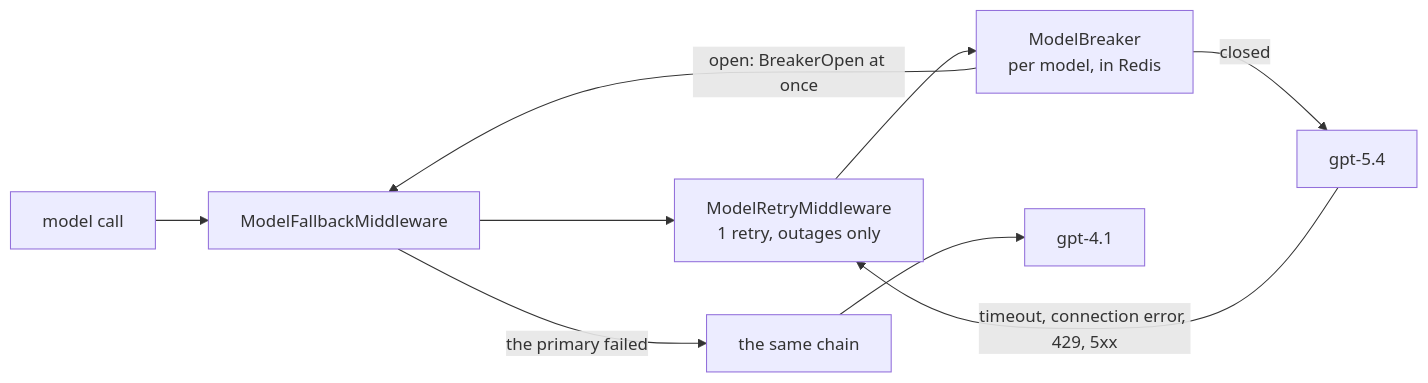
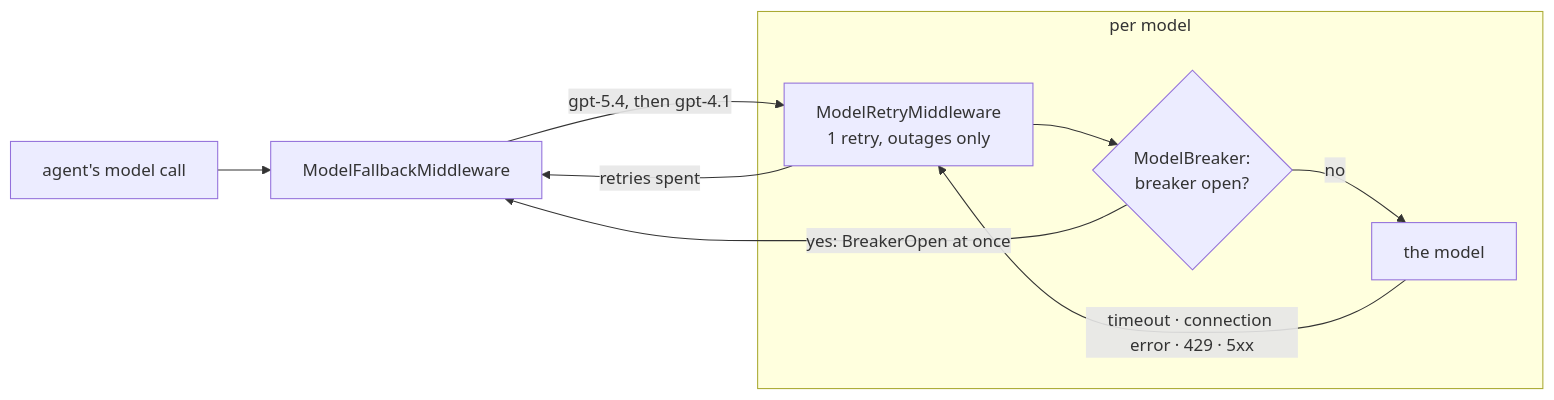
The fourth of 11 diagrams in docs/phase-9-reliability-deployment.md (Anirudh1905/agentic-ai-chatbot), drawn with Mermaid before and after one commit. The commit also changed other lines of this file and 25 other files, not shown here.

````diff
--- a/docs/phase-9-reliability-deployment.md
+++ b/docs/phase-9-reliability-deployment.md
@@ -225,10 +186,12 @@
 ```mermaid
 flowchart LR
-    Req["model call"] --> FB["ModelFallbackMiddleware"]
-    FB --> Retry["ModelRetryMiddleware<br/>1 retry, outages only"]
-    Retry --> BR["ModelBreaker<br/>per model, in Redis"]
-    BR -->|closed| Primary["gpt-5.4"]
-    BR -->|"open: BreakerOpen at once"| FB
-    Primary -->|"timeout, connection error, 429, 5xx"| Retry
-    FB -->|"the primary failed"| Retry2["the same chain"] --> Fallback["gpt-4.1"]
+    Call["agent's model call"] --> FB["ModelFallbackMiddleware"]
+    FB -->|"gpt-5.4, then gpt-4.1"| Retry
+    subgraph Try["per model"]
+        Retry["ModelRetryMiddleware<br/>1 retry, outages only"] --> BR{"ModelBreaker:<br/>breaker open?"}
+        BR -->|no| Model["the model"]
+        Model -->|"timeout · connection error · 429 · 5xx"| Retry
+    end
+    BR -->|"yes: BreakerOpen at once"| FB
+    Retry -->|"retries spent"| FB
 ```
````
